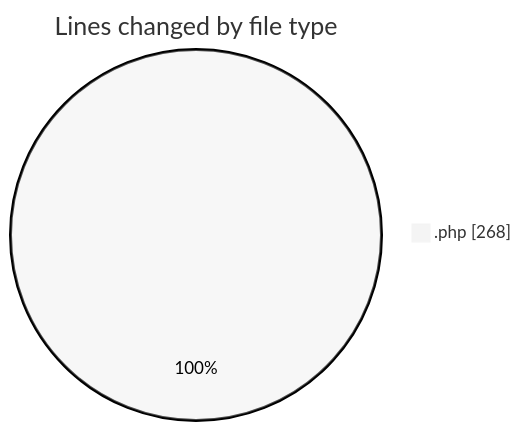
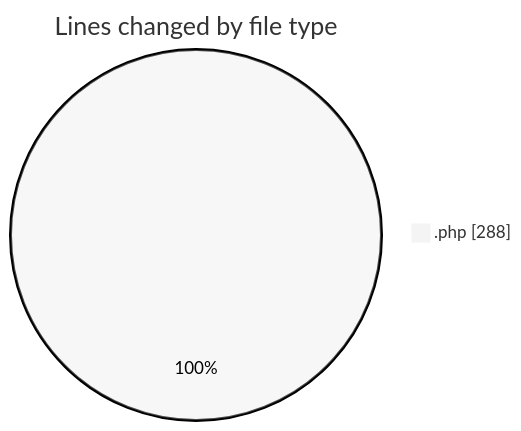
One commit to LanceThiago/code-tracking changed the first of 2 diagrams in 2025-01-06/totem/README.md. Above: the diagram before and after it, drawn with Mermaid (neutral theme). The commit also changed other lines of this file and 1 other file, not shown here.

````diff
--- a/2025-01-06/totem/README.md
+++ b/2025-01-06/totem/README.md
@@ -22,5 +22,5 @@
 ```mermaid
 pie showData
 title Lines changed by file type
-".php" : 268
+".php" : 288
 ```
````
